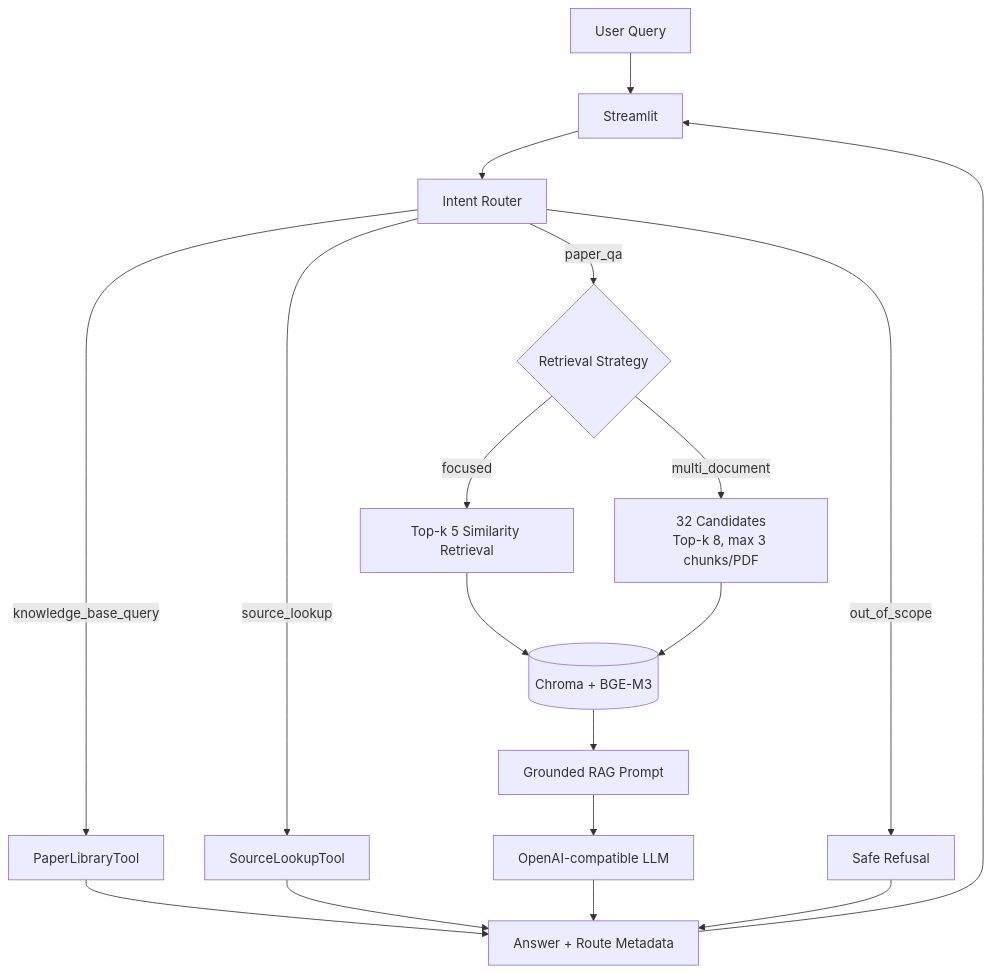
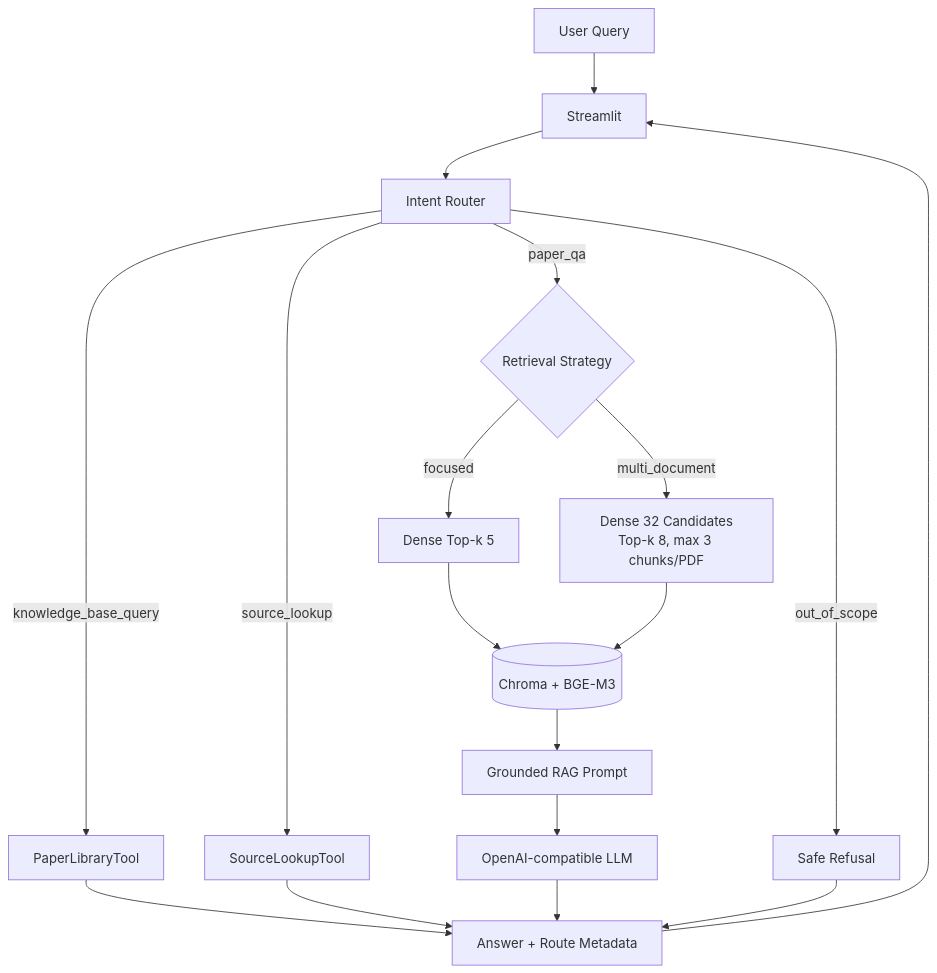
Before and after one commit to foolishsanjiu/academic_paper_rag_assistant: the first of 3 diagrams in README.md, drawn with Mermaid. The commit also changed other lines of this file and 1 other file, not shown here.

````diff
--- a/README.md
+++ b/README.md
@@ -27,20 +54,20 @@
 ```mermaid
 flowchart TD
     U[User Query] --> UI[Streamlit]
     UI --> RT[Intent Router]
     RT -->|paper_qa| RS{Retrieval Strategy}
-    RS -->|focused| FR[Top-k 5 Similarity Retrieval]
-    RS -->|multi_document| MR[32 Candidates<br/>Top-k 8, max 3 chunks/PDF]
+    RS -->|focused| FR[Dense Top-k 5]
+    RS -->|multi_document| MR[Dense 32 Candidates<br/>Top-k 8, max 3 chunks/PDF]
     FR --> DB[(Chroma + BGE-M3)]
     MR --> DB
     DB --> RP[Grounded RAG Prompt]
     RP --> LLM[OpenAI-compatible LLM]
     RT -->|knowledge_base_query| PL[PaperLibraryTool]
     RT -->|source_lookup| SL[SourceLookupTool]
     RT -->|out_of_scope| REJ[Safe Refusal]
     PL --> OUT[Answer + Route Metadata]
     SL --> OUT
     LLM --> OUT
     REJ --> OUT
     OUT --> UI
 ```
````
